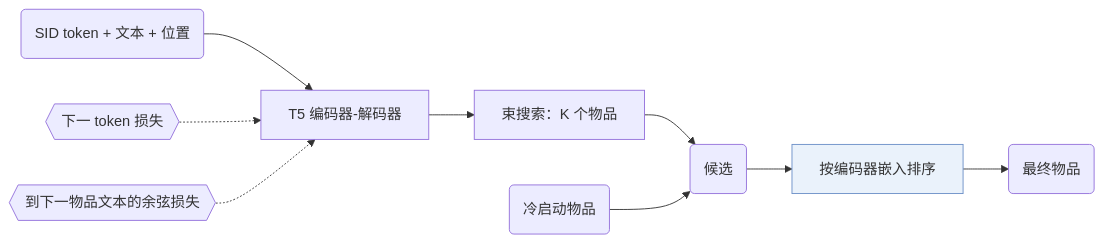
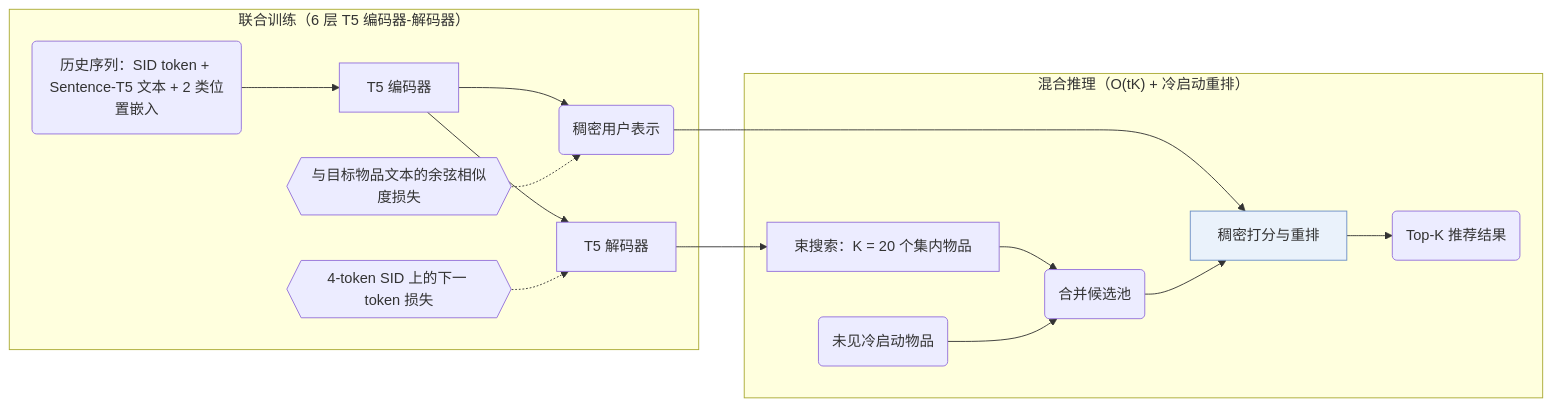
The diagram in notes/zh/liger.md (Galaxy-ghost/Awesome-SID-Generative-Rec), drawn with Mermaid before and after one commit. The commit also changed other lines of this file and 649 other files, not shown here.

Commit message:
writer-05: also tags and modality index (schema, check, build, visuals); summary field removed; calibration data for 12 papers

````diff
--- a/notes/zh/liger.md
+++ b/notes/zh/liger.md
@@ -13,12 +14,19 @@
 ```mermaid
 flowchart LR
-    A("SID token + 文本 + 位置") --> B["T5 编码器-解码器"]
-    L1{{"下一 token 损失"}} -.-> B
-    L2{{"到下一物品文本的余弦损失"}} -.-> B
-    B --> D["束搜索：K 个物品"]
-    D --> E("候选")
-    F("冷启动物品") --> E
-    E --> G["按编码器嵌入排序"]:::key
-    G --> H("最终物品")
+    subgraph TR["联合训练（6 层 T5 编码器-解码器）"]
+        A("历史序列：SID token + Sentence-T5 文本 + 2 类位置嵌入") --> B["T5 编码器"]
+        B --> U("稠密用户表示")
+        B --> C["T5 解码器"]
+        L2{{"与目标物品文本的余弦相似度损失"}} -.-> U
+        L1{{"4-token SID 上的下一 token 损失"}} -.-> C
+    end
+    subgraph INF["混合推理（O(tK) + 冷启动重排）"]
+        C --> D["束搜索：K = 20 个集内物品"]
+        D --> E("合并候选池")
+        F("未见冷启动物品") --> E
+        U --> G["稠密打分与重排"]:::key
+        E --> G
+        G --> H("Top-K 推荐结果")
+    end
     classDef key fill:#eaf2fb,stroke:#6b8fc7
 ```
````
